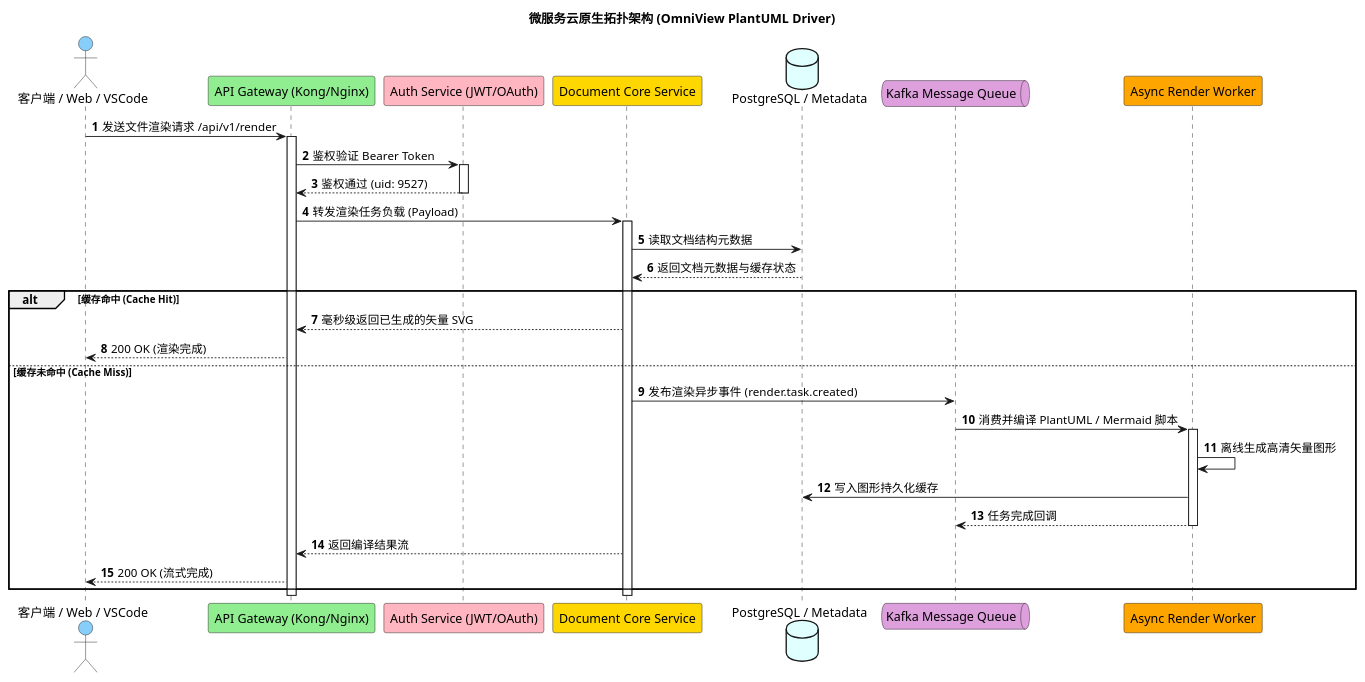
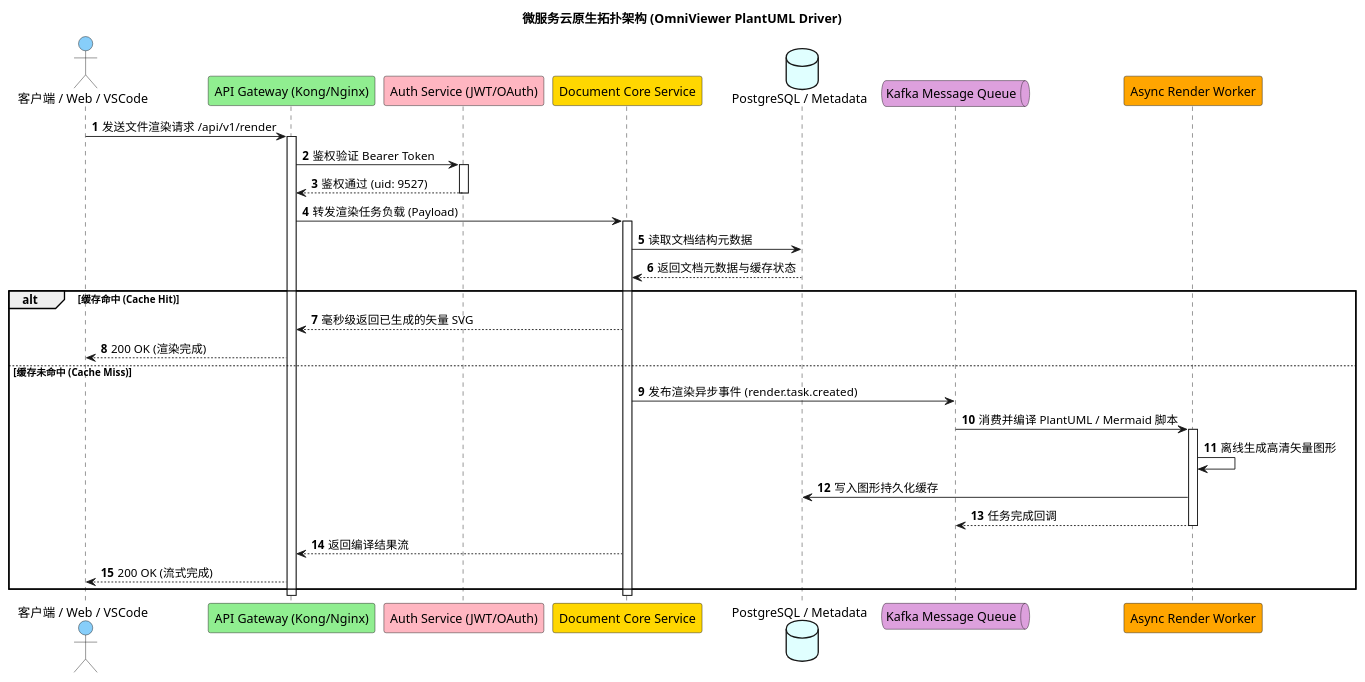
One commit to fsyyzz/OmniView-Open changed the diagram in examples/plantuml/cloud-topology.puml. Above: the diagram before and after it, drawn with PlantUML. The commit also changed 49 other files, not shown here.

```diff
--- a/examples/plantuml/cloud-topology.puml
+++ b/examples/plantuml/cloud-topology.puml
@@ -1,44 +1,44 @@
 @startuml
-title 微服务云原生拓扑架构 (OmniView PlantUML Driver)
+title 微服务云原生拓扑架构 (OmniViewer PlantUML Driver)
 autonumber
 
 actor "客户端 / Web / VSCode" as Client #LightSkyBlue
 participant "API Gateway (Kong/Nginx)" as Gateway #LightGreen
 participant "Auth Service (JWT/OAuth)" as Auth #LightPink
 participant "Document Core Service" as Core #Gold
 database "PostgreSQL / Metadata" as DB #LightCyan
 queue "Kafka Message Queue" as MQ #Plum
 participant "Async Render Worker" as Worker #Orange
 
 Client -> Gateway : 发送文件渲染请求 /api/v1/render
 activate Gateway
 
 Gateway -> Auth : 鉴权验证 Bearer Token
 activate Auth
 Auth --> Gateway : 鉴权通过 (uid: 9527)
 deactivate Auth
 
 Gateway -> Core : 转发渲染任务负载 (Payload)
 activate Core
 Core -> DB : 读取文档结构元数据
 DB --> Core : 返回文档元数据与缓存状态
 
 alt 缓存命中 (Cache Hit)
     Core --> Gateway : 毫秒级返回已生成的矢量 SVG
     Gateway --> Client : 200 OK (渲染完成)
 else 缓存未命中 (Cache Miss)
     Core -> MQ : 发布渲染异步事件 (render.task.created)
     MQ -> Worker : 消费并编译 PlantUML / Mermaid 脚本
     activate Worker
     Worker -> Worker : 离线生成高清矢量图形
     Worker -> DB : 写入图形持久化缓存
     Worker --> MQ : 任务完成回调
     deactivate Worker
     Core --> Gateway : 返回编译结果流
     Gateway --> Client : 200 OK (流式完成)
 end
 
 deactivate Core
 deactivate Gateway
 
 @enduml
```
